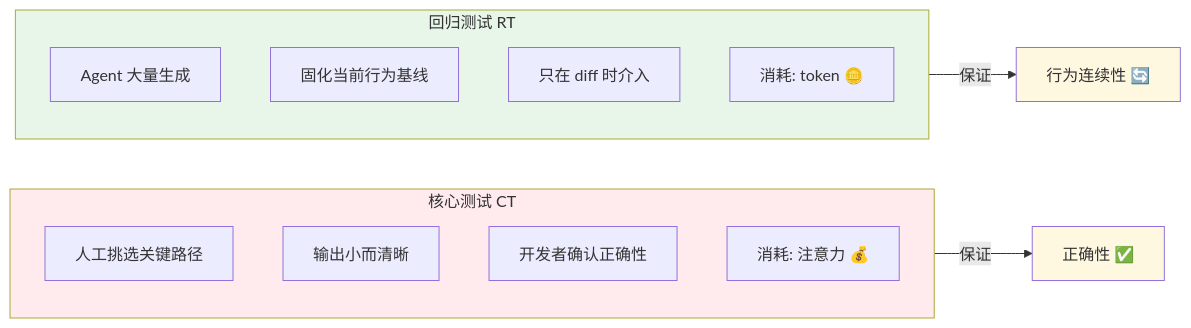
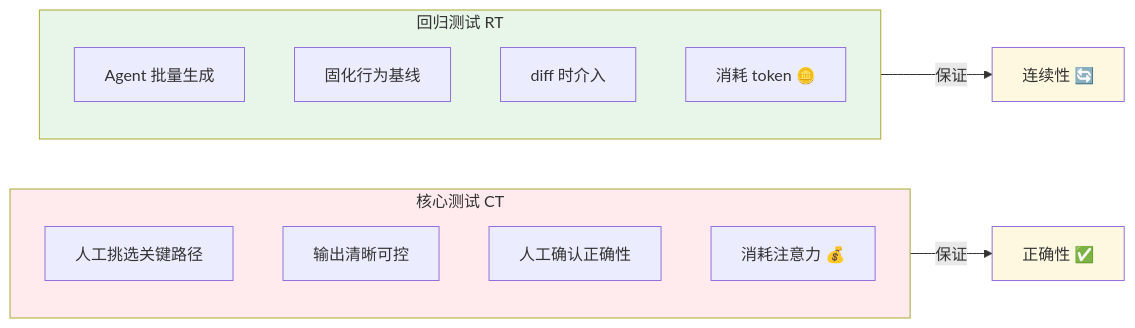
One commit to TennyZhuang/blog changed the second of 2 diagrams in source/_posts/agent-testing-residual.md. Above: the diagram before and after it, drawn with Mermaid. The commit also changed other lines of this file, not shown here.

Commit message:
refactor: update agent testing blog post
- Simplify mermaid diagram labels for better readability
- Update flowchart text to be more concise

````diff
--- a/source/_posts/agent-testing-residual.md
+++ b/source/_posts/agent-testing-residual.md
@@ -151,26 +151,24 @@
 ```mermaid
 flowchart LR
-    subgraph CT["核心测试 CT"]
-        direction TB
-        C1["人工挑选关键路径"]
-        C2["输出小而清晰"]
-        C3["开发者确认正确性"]
-        C4["消耗: 注意力 💰"]
+    subgraph CT[核心测试 CT]
+        C1[人工挑选关键路径]
+        C2[输出清晰可控]
+        C3[人工确认正确性]
+        C4[消耗注意力 💰]
     end
     
-    subgraph RT["回归测试 RT"]
-        direction TB
-        R1["Agent 大量生成"]
-        R2["固化当前行为基线"]
-        R3["只在 diff 时介入"]
-        R4["消耗: token 🪙"]
+    subgraph RT[回归测试 RT]
+        R1[Agent 批量生成]
+        R2[固化行为基线]
+        R3[diff 时介入]
+        R4[消耗 token 🪙]
     end
     
-    CT -->|保证| Correct["正确性 ✅"]
-    RT -->|保证| Cont["行为连续性 🔄"]
+    CT -->|保证| Correct[正确性 ✅]
+    RT -->|保证| Cont[连续性 🔄]
     
     style CT fill:#ffebee
     style RT fill:#e8f5e9
     style Correct fill:#fff8e1
     style Cont fill:#fff8e1
 ```
````
